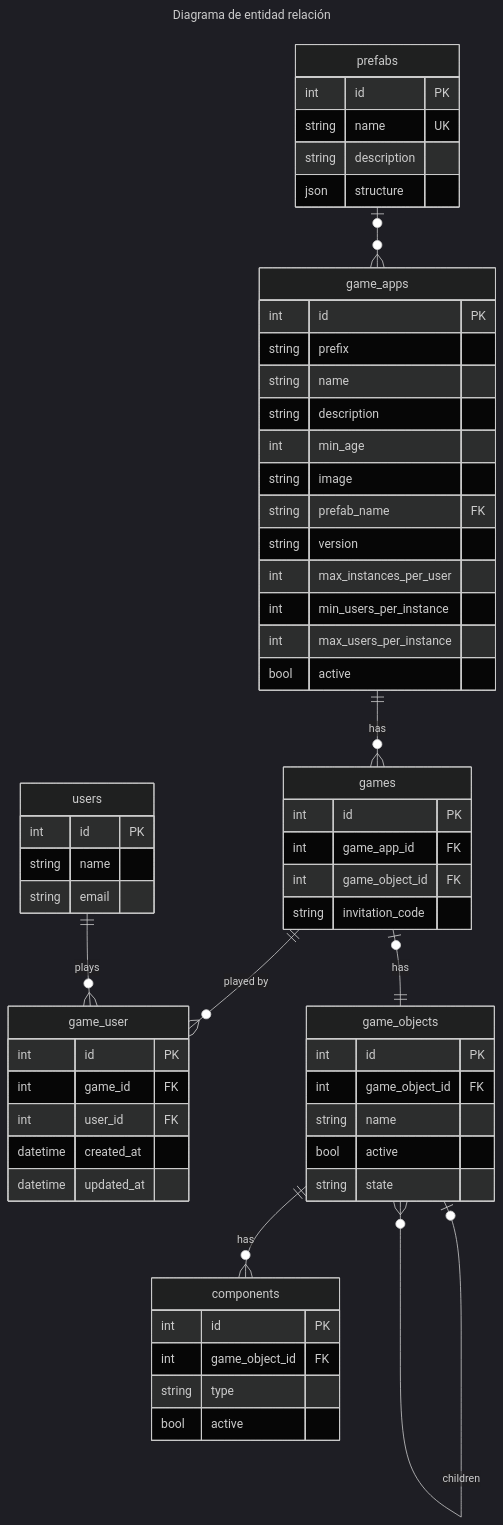
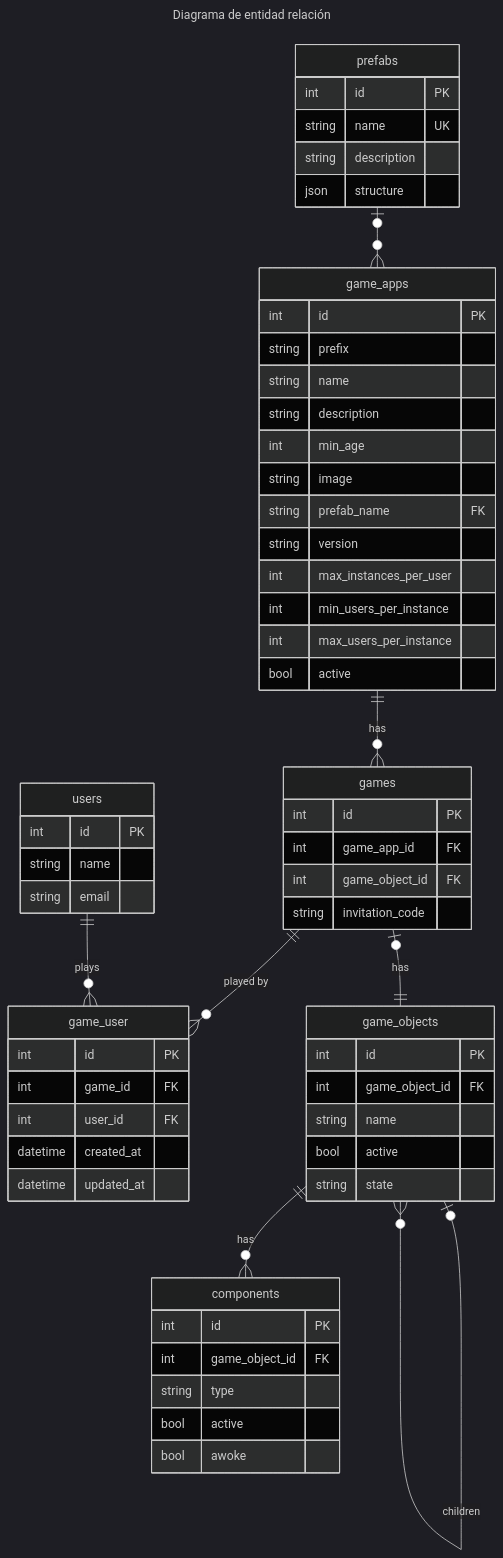
One commit to eormeno/base-project changed the second of 2 diagrams in docs/class_diagrams.md. Above: the diagram before and after it, drawn with Mermaid (dark theme). The commit also changed other lines of this file, not shown here.

````diff
--- a/docs/class_diagrams.md
+++ b/docs/class_diagrams.md
@@ -75,71 +75,72 @@
 ```mermaid
 ---
 title: Diagrama de entidad relación
 ---
 erDiagram
     game_apps ||--o{ games : "has"
     games ||--o{ game_user : "played by"
     game_objects ||--o{ components : "has"
     game_objects one or zero -- zero or many game_objects : "children"
     prefabs one or zero --o{ game_apps : ""
     users ||--o{ game_user : "plays"
     games one or zero -- 1 game_objects : "has"
 
     game_apps {
         int id PK
         string prefix
         string name
         string description
         int min_age
         string image
         string prefab_name FK
         string version
         int max_instances_per_user
         int min_users_per_instance
         int max_users_per_instance
         bool active
     }
 
     games {
         int id PK
         int game_app_id FK
         int game_object_id FK
         string invitation_code
     }
 
     game_user {
         int id PK
         int game_id FK
         int user_id FK
         datetime created_at
         datetime updated_at
     }
 
     prefabs {
         int id PK
         string name UK
         string description
         json structure
     }
 
     game_objects {
         int id PK
         int game_object_id FK
         string name
         bool active
         string state
     }
 
     components {
         int id PK
         int game_object_id FK
         string type
         bool active
+        bool awoke
     }
 
     users {
         int id PK
         string name
         string email
     }
 ```
````
